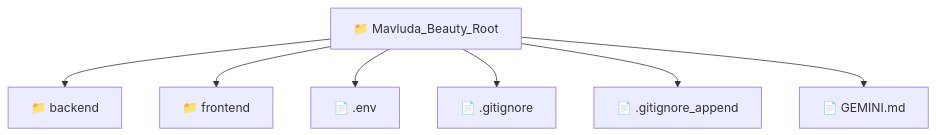
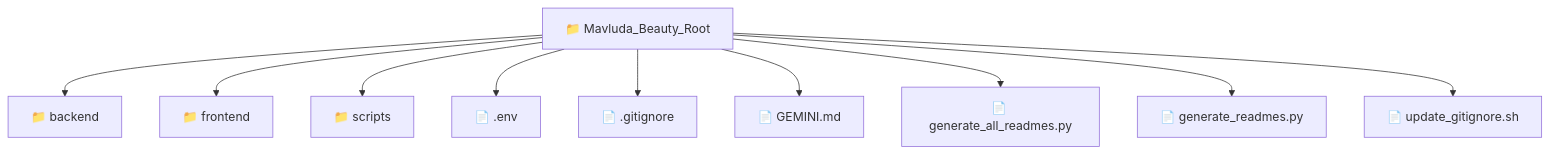
Before and after one commit to beginwebdev2002/fullstack-mavluda: the diagram in README.md, drawn with Mermaid. The commit also changed other lines of this file and 160 other files, not shown here.

Commit message:
docs: auto-generate architectural README.md files across repository

````diff
--- a/README.md
+++ b/README.md
@@ -9,10 +9,13 @@
 ```mermaid
 graph TD
-  Mavluda_Beauty_Root["📁 Mavluda_Beauty_Root"]
-  Mavluda_Beauty_Root --> Mavluda_Beauty_Root_backend["📁 backend"]
-  Mavluda_Beauty_Root --> Mavluda_Beauty_Root_frontend["📁 frontend"]
-  Mavluda_Beauty_Root --> Mavluda_Beauty_Root__env["📄 .env"]
-  Mavluda_Beauty_Root --> Mavluda_Beauty_Root__gitignore["📄 .gitignore"]
-  Mavluda_Beauty_Root --> Mavluda_Beauty_Root__gitignore_append["📄 .gitignore_append"]
-  Mavluda_Beauty_Root --> Mavluda_Beauty_Root_GEMINI_md["📄 GEMINI.md"]
+  Root["📁 Mavluda_Beauty_Root"]
+  Root --> backend["📁 backend"]
+  Root --> frontend["📁 frontend"]
+  Root --> scripts["📁 scripts"]
+  Root --> _env["📄 .env"]
+  Root --> _gitignore["📄 .gitignore"]
+  Root --> GEMINI_md["📄 GEMINI.md"]
+  Root --> generate_all_readmes_py["📄 generate_all_readmes.py"]
+  Root --> generate_readmes_py["📄 generate_readmes.py"]
+  Root --> update_gitignore_sh["📄 update_gitignore.sh"]
 ```
````
